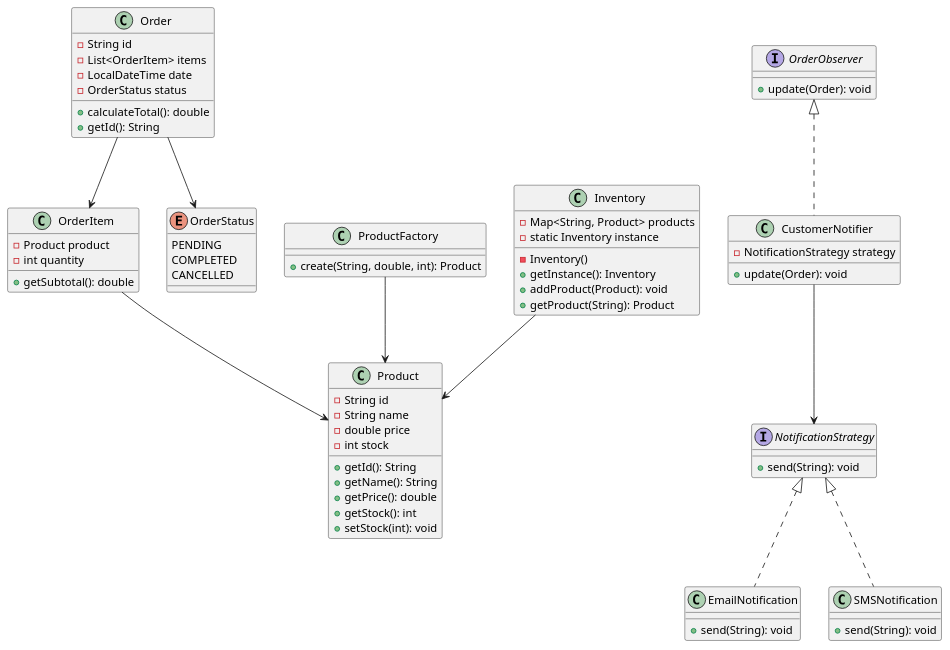
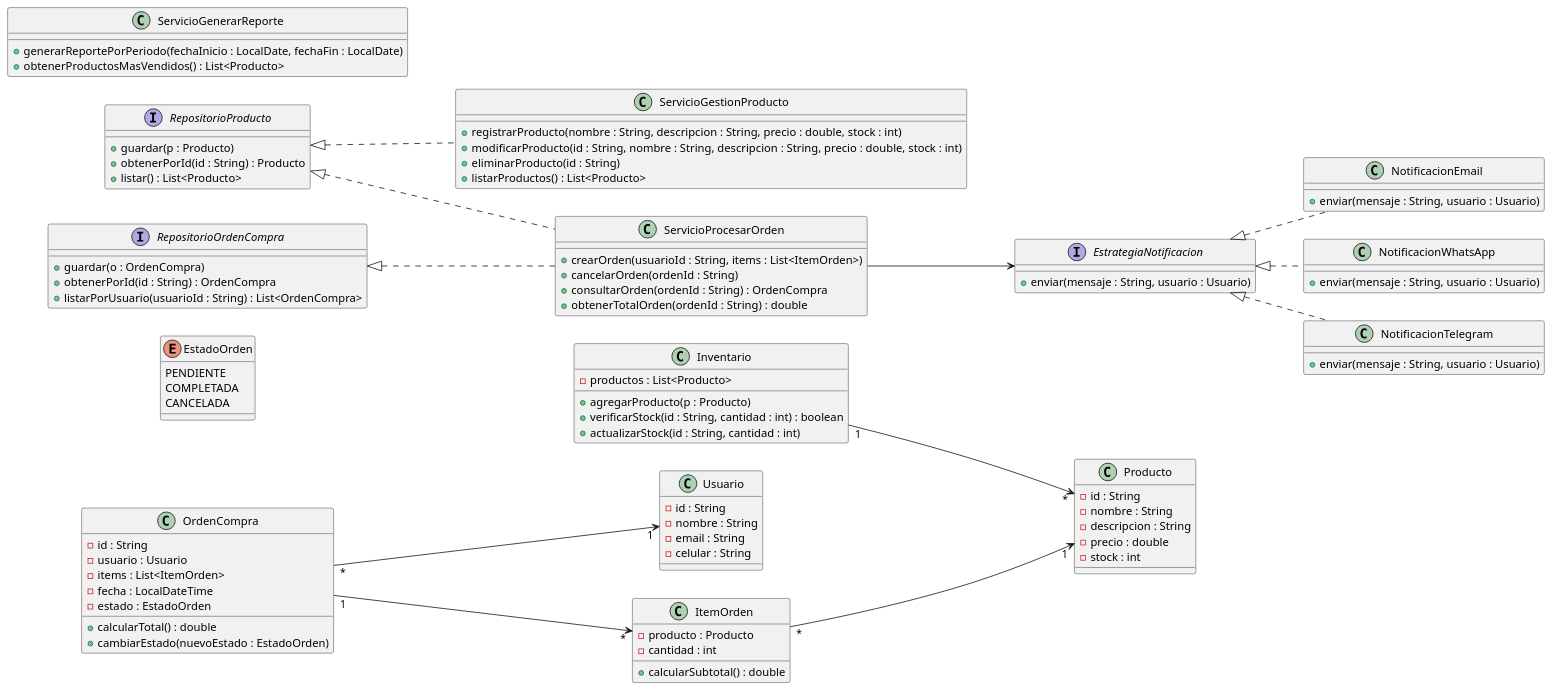
One commit to juan-serrudo/m5-trabajo-final changed the diagram in diagramaClases.puml. Above: the diagram before and after it, drawn with PlantUML. The commit also changed 3 other files, not shown here.

Commit message:
Diagramas v2

```diff
--- a/diagramaClases.puml
+++ b/diagramaClases.puml
@@ -1,87 +1,116 @@
 @startuml
+left to right direction
 
-' Entidades del dominio
-class Product {
-  - String id
-  - String name
-  - double price
-  - int stock
-  + getId(): String
-  + getName(): String
-  + getPrice(): double
-  + getStock(): int
-  + setStock(int): void
+' ==== ENTIDADES DEL DOMINIO ====
+class Producto {
+    - id : String
+    - nombre : String
+    - descripcion : String
+    - precio : double
+    - stock : int
 }
 
-class OrderItem {
-  - Product product
-  - int quantity
-  + getSubtotal(): double
+class Inventario {
+    - productos : List<Producto>
+    + agregarProducto(p : Producto)
+    + verificarStock(id : String, cantidad : int) : boolean
+    + actualizarStock(id : String, cantidad : int)
 }
 
-class Order {
-  - String id
-  - List<OrderItem> items
-  - LocalDateTime date
-  - OrderStatus status
-  + calculateTotal(): double
-  + getId(): String
+class Usuario {
+    - id : String
+    - nombre : String
+    - email : String
+    - celular : String
 }
 
-enum OrderStatus {
-  PENDING
-  COMPLETED
-  CANCELLED
+class OrdenCompra {
+    - id : String
+    - usuario : Usuario
+    - items : List<ItemOrden>
+    - fecha : LocalDateTime
+    - estado : EstadoOrden
+    + calcularTotal() : double
+    + cambiarEstado(nuevoEstado : EstadoOrden)
 }
 
-' Fábrica
-class ProductFactory {
-  + create(String, double, int): Product
+class ItemOrden {
+    - producto : Producto
+    - cantidad : int
+    + calcularSubtotal() : double
 }
 
-' Singleton de Inventario
-class Inventory {
-  - Map<String, Product> products
-  - static Inventory instance
-  - Inventory()
-  + getInstance(): Inventory
-  + addProduct(Product): void
-  + getProduct(String): Product
+enum EstadoOrden {
+    PENDIENTE
+    COMPLETADA
+    CANCELADA
 }
 
-' Strategy para notificaciones
-interface NotificationStrategy {
-  + send(String): void
+' ==== INTERFACES DE REPOSITORIO ====
+interface RepositorioProducto {
+    + guardar(p : Producto)
+    + obtenerPorId(id : String) : Producto
+    + listar() : List<Producto>
 }
 
-class EmailNotification {
-  + send(String): void
+interface RepositorioOrdenCompra {
+    + guardar(o : OrdenCompra)
+    + obtenerPorId(id : String) : OrdenCompra
+    + listarPorUsuario(usuarioId : String) : List<OrdenCompra>
 }
 
-class SMSNotification {
-  + send(String): void
+' ==== SERVICIOS DE APLICACION ====
+class ServicioGestionProducto {
+    + registrarProducto(nombre : String, descripcion : String, precio : double, stock : int)
+    + modificarProducto(id : String, nombre : String, descripcion : String, precio : double, stock : int)
+    + eliminarProducto(id : String)
+    + listarProductos() : List<Producto>
 }
 
-' Observer
-interface OrderObserver {
-  + update(Order): void
+class ServicioProcesarOrden {
+    + crearOrden(usuarioId : String, items : List<ItemOrden>)
+    + cancelarOrden(ordenId : String)
+    + consultarOrden(ordenId : String) : OrdenCompra
+    + obtenerTotalOrden(ordenId : String) : double
 }
 
-class CustomerNotifier {
-  - NotificationStrategy strategy
-  + update(Order): void
+class ServicioGenerarReporte {
+    + generarReportePorPeriodo(fechaInicio : LocalDate, fechaFin : LocalDate)
+    + obtenerProductosMasVendidos() : List<Producto>
 }
 
-' Relaciones
-ProductFactory --> Product
-Inventory --> Product
-Order --> OrderItem
-OrderItem --> Product
-Order --> OrderStatus
+' ==== NOTIFICACIONES ====
+interface EstrategiaNotificacion {
+    + enviar(mensaje : String, usuario : Usuario)
+}
 
-NotificationStrategy <|.. EmailNotification
-NotificationStrategy <|.. SMSNotification
-OrderObserver <|.. CustomerNotifier
-CustomerNotifier --> NotificationStrategy
+class NotificacionEmail {
+    + enviar(mensaje : String, usuario : Usuario)
+}
+
+class NotificacionWhatsApp {
+    + enviar(mensaje : String, usuario : Usuario)
+}
+
+class NotificacionTelegram {
+    + enviar(mensaje : String, usuario : Usuario)
+}
+
+' ==== RELACIONES ENTRE CLASES ====
+
+Inventario "1" --> "*" Producto
+OrdenCompra "1" --> "*" ItemOrden
+ItemOrden "*" --> "1" Producto
+OrdenCompra "*" --> "1" Usuario
+
+RepositorioProducto <|.. ServicioGestionProducto
+RepositorioProducto <|.. ServicioProcesarOrden
+RepositorioOrdenCompra <|.. ServicioProcesarOrden
+
+EstrategiaNotificacion <|.. NotificacionEmail
+EstrategiaNotificacion <|.. NotificacionWhatsApp
+EstrategiaNotificacion <|.. NotificacionTelegram
+
+ServicioProcesarOrden --> EstrategiaNotificacion
 
 @enduml
```
